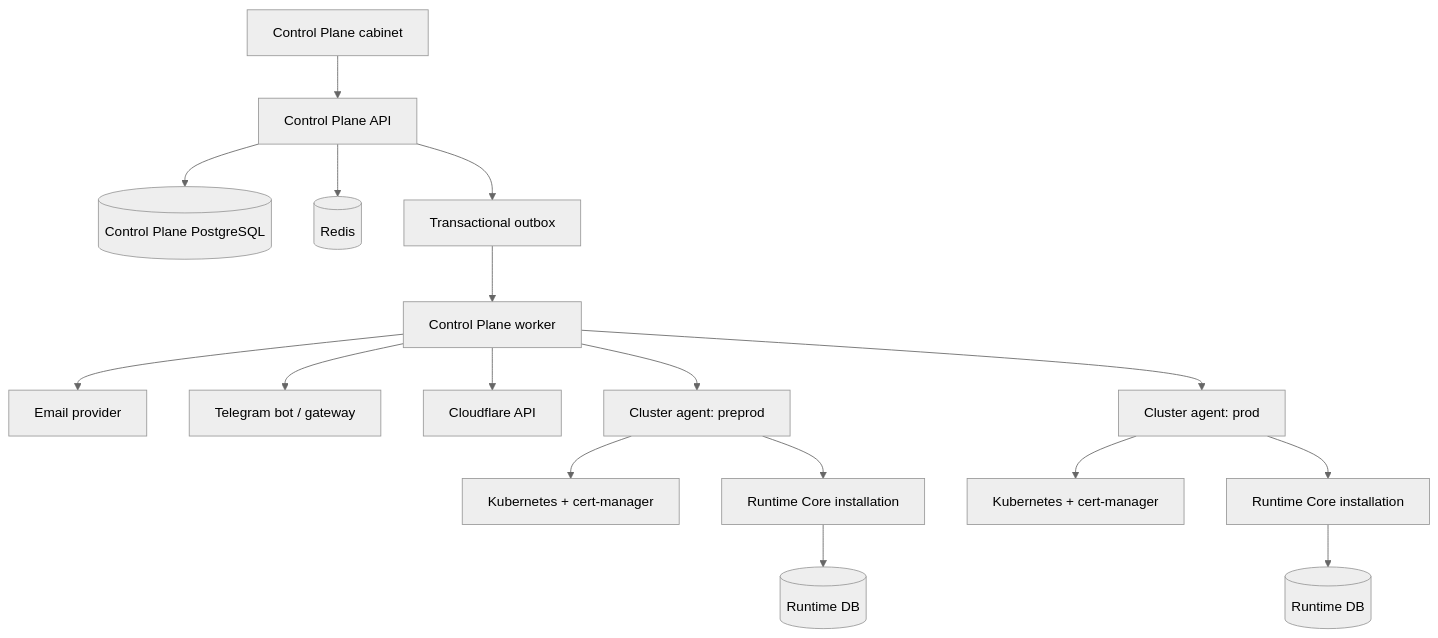
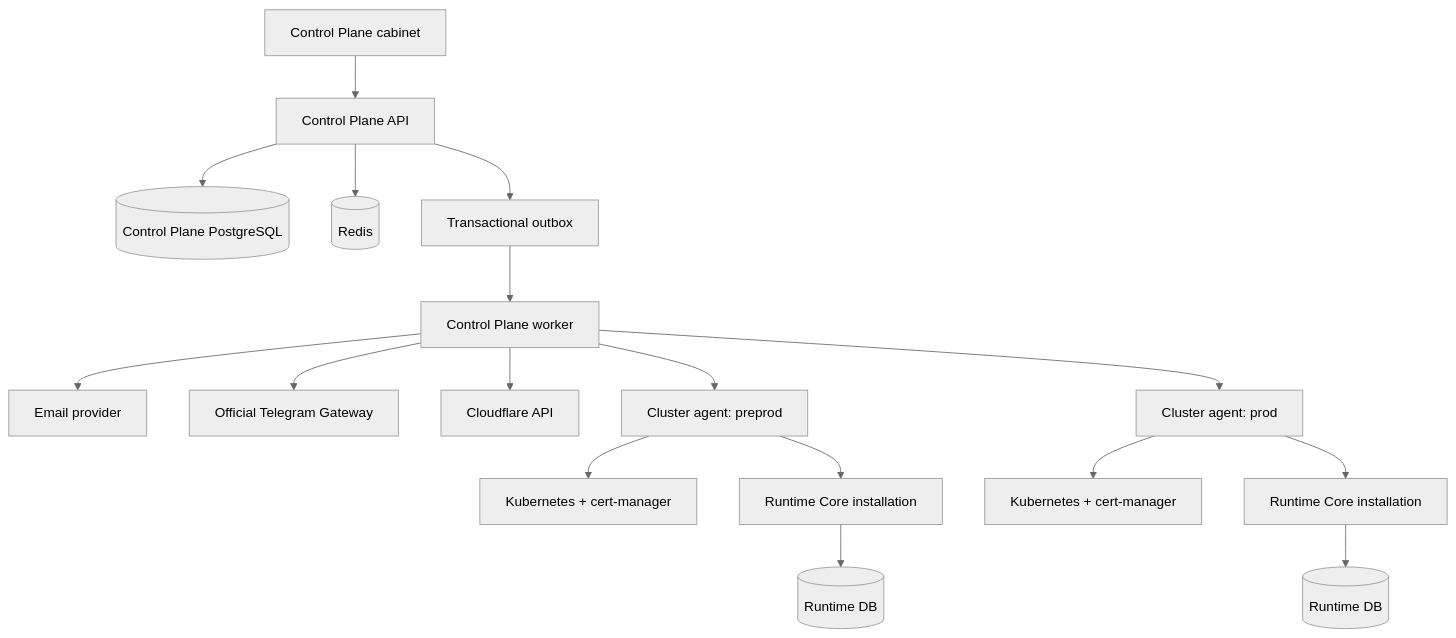
One commit to dinikon/dnk-runtime-core changed the first of 3 diagrams in control-plane/docs/IMPLEMENTATION_PLAN.md. Above: the diagram before and after it, drawn with Mermaid (neutral theme). The commit also changed other lines of this file and 21 other files, not shown here.

````diff
--- a/control-plane/docs/IMPLEMENTATION_PLAN.md
+++ b/control-plane/docs/IMPLEMENTATION_PLAN.md
@@ -51,22 +51,22 @@
 ```mermaid
 flowchart TB
     Cabinet["Control Plane cabinet"] --> API["Control Plane API"]
     API --> CPDB[("Control Plane PostgreSQL")]
     API --> Redis[("Redis")]
     API --> Outbox["Transactional outbox"]
     Outbox --> Worker["Control Plane worker"]
 
     Worker --> Email["Email provider"]
-    Worker --> Telegram["Telegram bot / gateway"]
+    Worker --> Telegram["Official Telegram Gateway"]
     Worker --> Cloudflare["Cloudflare API"]
     Worker --> AgentA["Cluster agent: preprod"]
     Worker --> AgentB["Cluster agent: prod"]
 
     AgentA --> K8sA["Kubernetes + cert-manager"]
     AgentB --> K8sB["Kubernetes + cert-manager"]
     AgentA --> RuntimeA["Runtime Core installation"]
     AgentB --> RuntimeB["Runtime Core installation"]
 
     RuntimeA --> RuntimeDbA[("Runtime DB")]
     RuntimeB --> RuntimeDbB[("Runtime DB")]
 ```
````
